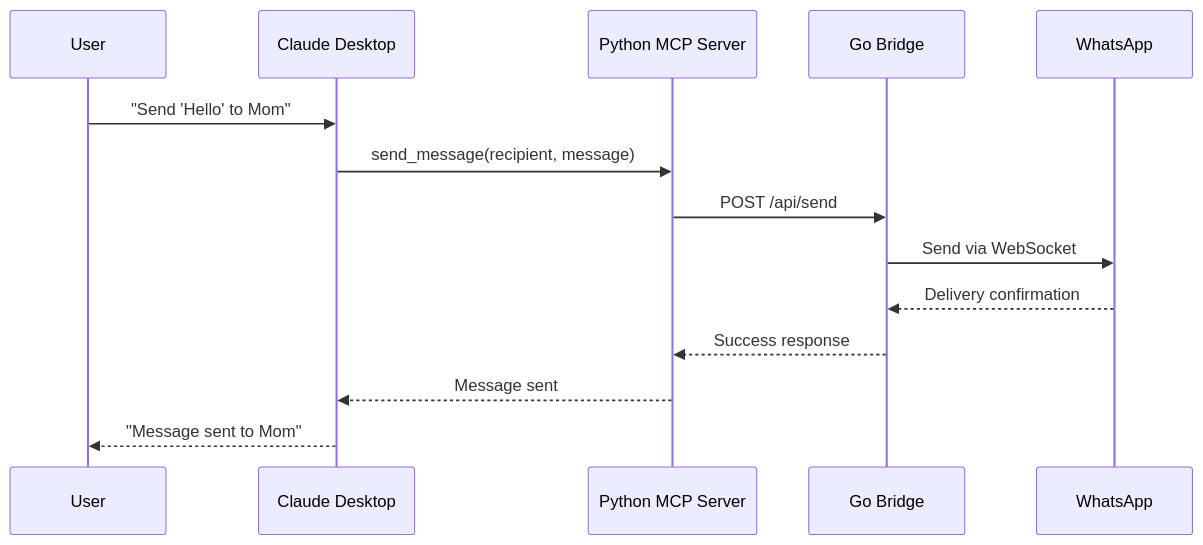
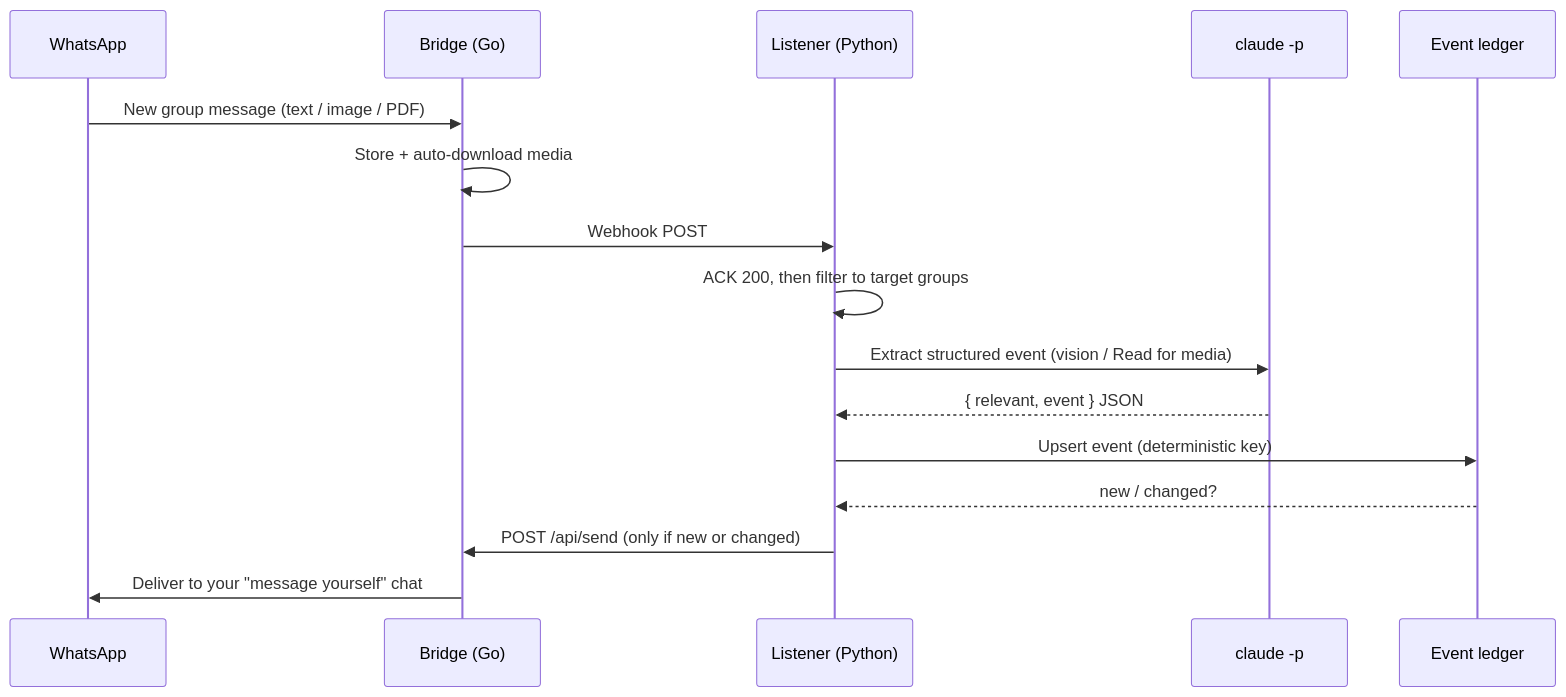
The second of 2 diagrams in README.md (raoulbia-ai/whatsapp-digest), drawn with Mermaid before and after one commit. The commit also changed other lines of this file, not shown here.

First line of the commit message:
docs: reframe Architecture and Features around the digest pipeline

````diff
--- a/README.md
+++ b/README.md
@@ -495,17 +477,19 @@
 ```mermaid
 sequenceDiagram
-    participant User as User
-    participant Claude as Claude Desktop
-    participant MCP as Python MCP Server
-    participant Bridge as Go Bridge
     participant WA as WhatsApp
+    participant Bridge as Bridge (Go)
+    participant Listener as Listener (Python)
+    participant Claude as claude -p
+    participant Ledger as Event ledger
 
-    User->>Claude: "Send 'Hello' to Mom"
-    Claude->>MCP: send_message(recipient, message)
-    MCP->>Bridge: POST /api/send
-    Bridge->>WA: Send via WebSocket
-    WA-->>Bridge: Delivery confirmation
-    Bridge-->>MCP: Success response
-    MCP-->>Claude: Message sent
-    Claude-->>User: "Message sent to Mom"
+    WA->>Bridge: New group message (text / image / PDF)
+    Bridge->>Bridge: Store + auto-download media
+    Bridge->>Listener: Webhook POST
+    Listener->>Listener: ACK 200, then filter to target groups
+    Listener->>Claude: Extract structured event (vision / Read for media)
+    Claude-->>Listener: { relevant, event } JSON
+    Listener->>Ledger: Upsert event (deterministic key)
+    Ledger-->>Listener: new / changed?
+    Listener->>Bridge: POST /api/send (only if new or changed)
+    Bridge->>WA: Deliver to your "message yourself" chat
 ```
````
